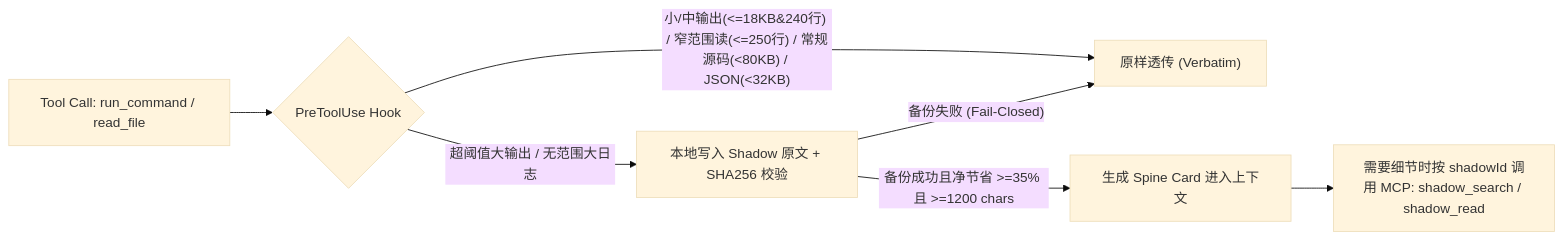
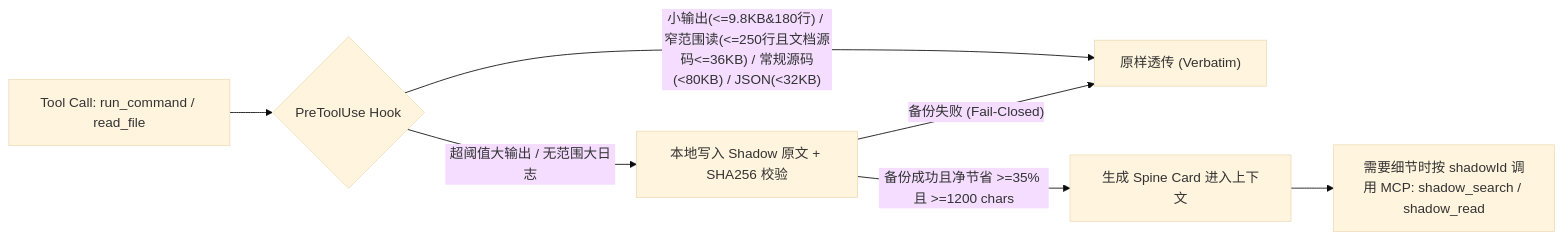
Before and after one commit to fxxk-five/antigravity-live-compact: the diagram in README.md, drawn with Mermaid (base theme). The commit also changed other lines of this file and 9 other files, not shown here.

````diff
--- a/README.md
+++ b/README.md
@@ -119,9 +119,9 @@
 ```mermaid
 flowchart LR
     A["Tool Call: run_command / read_file"] --> B{"PreToolUse Hook"}
-    B -->|"小/中输出(<=18KB&240行) / 窄范围读(<=250行) / 常规源码(<80KB) / JSON(<32KB)"| C["原样透传 (Verbatim)"]
+    B -->|"小输出(<=9.8KB&180行) / 窄范围读(<=250行且文档源码<=36KB) / 常规源码(<80KB) / JSON(<32KB)"| C["原样透传 (Verbatim)"]
     B -->|"超阈值大输出 / 无范围大日志"| D["本地写入 Shadow 原文 + SHA256 校验"]
     D -->|"备份失败 (Fail-Closed)"| C
     D -->|"备份成功且净节省 >=35% 且 >=1200 chars"| E["生成 Spine Card 进入上下文"]
     E --> F["需要细节时按 shadowId 调用 MCP: shadow_search / shadow_read"]
 ```
````
